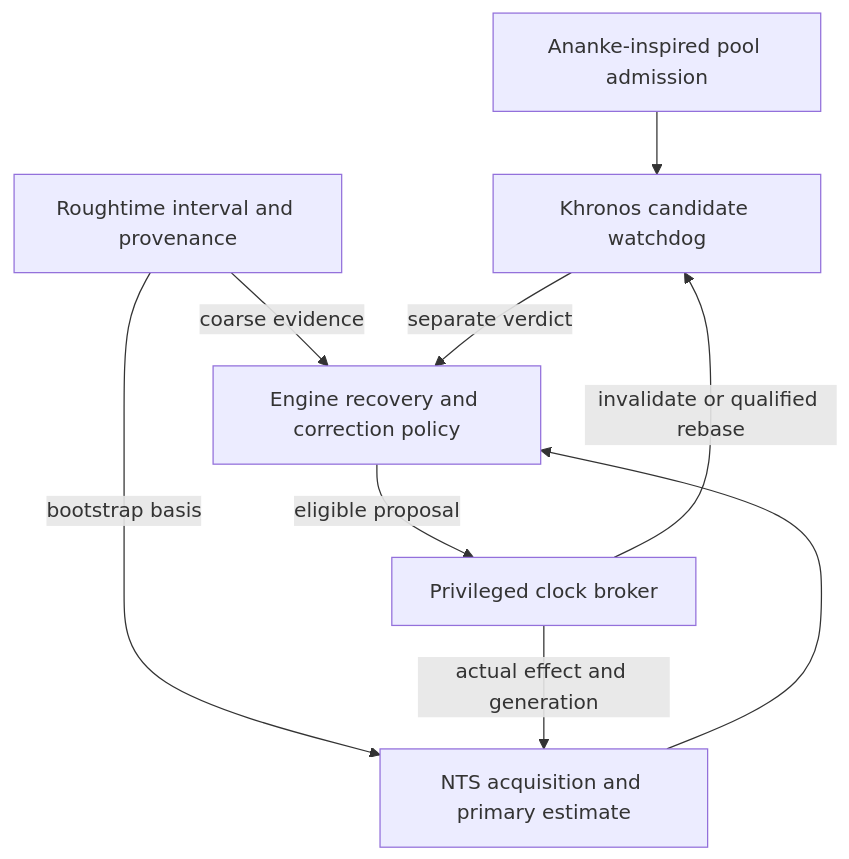
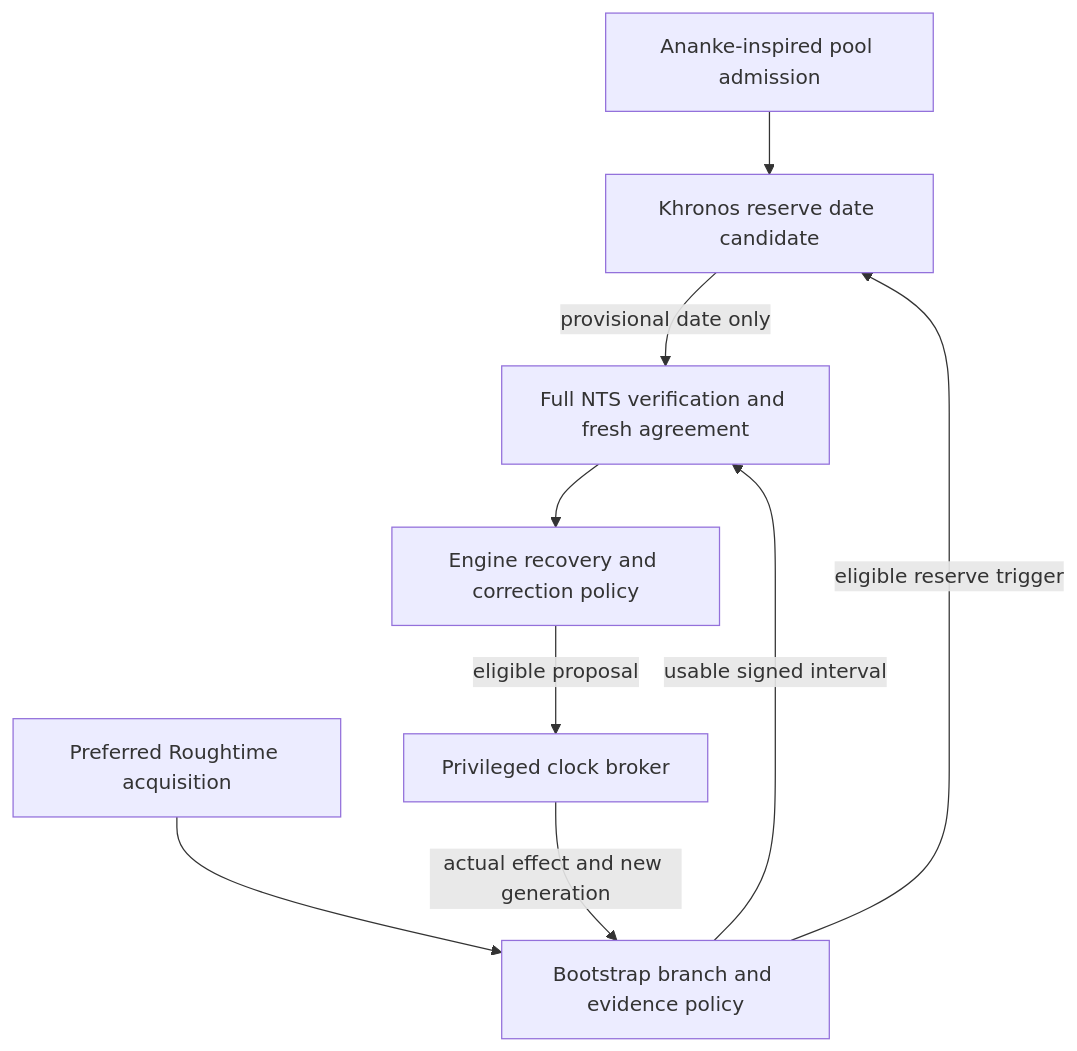
Before and after one commit to DavidOsipov/NevroTick: the diagram in docs/plans/time-assurance-integration.md, drawn with Mermaid. The commit also changed other lines of this file and 7 other files, not shown here.

First line of the commit message:
docs: prefer Roughtime bootstrap with a bounded Khronos reserve

````diff
--- a/docs/plans/time-assurance-integration.md
+++ b/docs/plans/time-assurance-integration.md
@@ -78,11 +96,11 @@
 ```mermaid
 flowchart TD
-    A["Ananke-inspired pool admission"] --> K["Khronos candidate watchdog"]
-    R["Roughtime interval and provenance"] -->|"bootstrap basis"| N["NTS acquisition and primary estimate"]
-    R -->|"coarse evidence"| P["Engine recovery and correction policy"]
-    N --> P
-    K -->|"separate verdict"| P
+    A["Ananke-inspired pool admission"] --> K["Khronos reserve date candidate"]
+    R["Preferred Roughtime acquisition"] --> S["Bootstrap branch and evidence policy"]
+    S -->|"usable signed interval"| N["Full NTS verification and fresh agreement"]
+    S -->|"eligible reserve trigger"| K
+    K -->|"provisional date only"| N
+    N --> P["Engine recovery and correction policy"]
     P -->|"eligible proposal"| B["Privileged clock broker"]
-    B -->|"actual effect and generation"| N
-    B -->|"invalidate or qualified rebase"| K
+    B -->|"actual effect and new generation"| S
 ```
````
